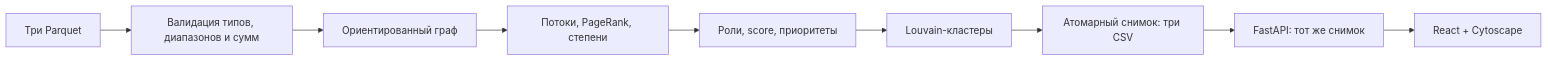
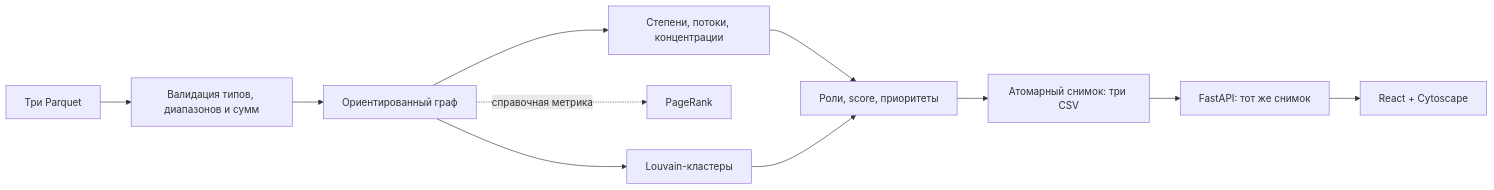
The diagram in README.md (BAITC-Hacks/hack-6fcd7f48-agentforge), drawn with Mermaid before and after one commit. The commit also changed other lines of this file and 13 other files, not shown here.

````diff
--- a/README.md
+++ b/README.md
@@ -83,11 +113,13 @@
 ```mermaid
 flowchart LR
     P[Три Parquet] --> V[Валидация типов, диапазонов и сумм]
     V --> G[Ориентированный граф]
-    G --> M[Потоки, PageRank, степени]
+    G --> M[Степени, потоки, концентрации]
+    G -. справочная метрика .-> PR[PageRank]
+    G --> C[Louvain-кластеры]
     M --> R[Роли, score, приоритеты]
-    R --> C[Louvain-кластеры]
-    C --> O[Атомарный снимок: три CSV]
+    C --> R
+    R --> O[Атомарный снимок: три CSV]
     O --> A[FastAPI: тот же снимок]
     A --> U[React + Cytoscape]
 ```
````
